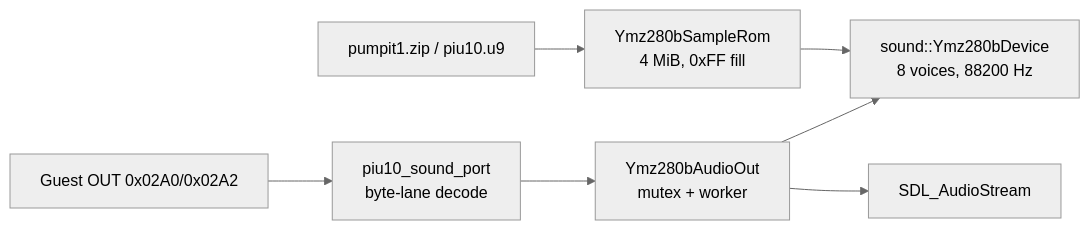
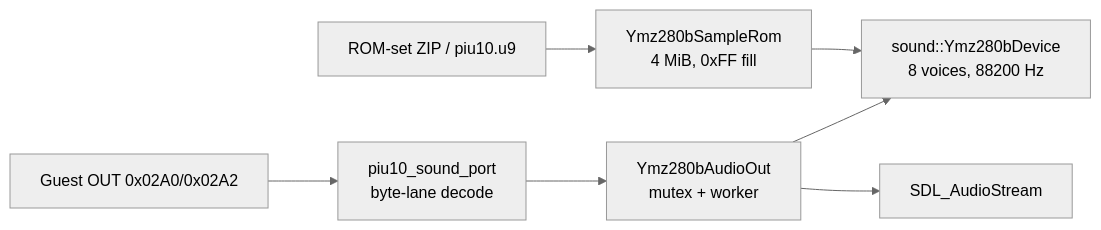
The ninth of 27 diagrams in ARCHITECTURE.md (nworkers/rePIU), drawn with Mermaid (neutral theme) before and after one commit. The commit also changed other lines of this file and 35 other files, not shown here.

````diff
--- a/ARCHITECTURE.md
+++ b/ARCHITECTURE.md
@@ -560,8 +562,8 @@
 ```mermaid
 flowchart LR
     G["Guest OUT 0x02A0/0x02A2"] --> P["piu10_sound_port<br/>byte-lane decode"]
     P --> B["Ymz280bAudioOut<br/>mutex + worker"]
     B --> D["sound::Ymz280bDevice<br/>8 voices, 88200 Hz"]
-    R["pumpit1.zip / piu10.u9"] --> S["Ymz280bSampleRom<br/>4 MiB, 0xFF fill"] --> D
+    R["ROM-set ZIP / piu10.u9"] --> S["Ymz280bSampleRom<br/>4 MiB, 0xFF fill"] --> D
     B --> SDL["SDL_AudioStream"]
 ```
````
